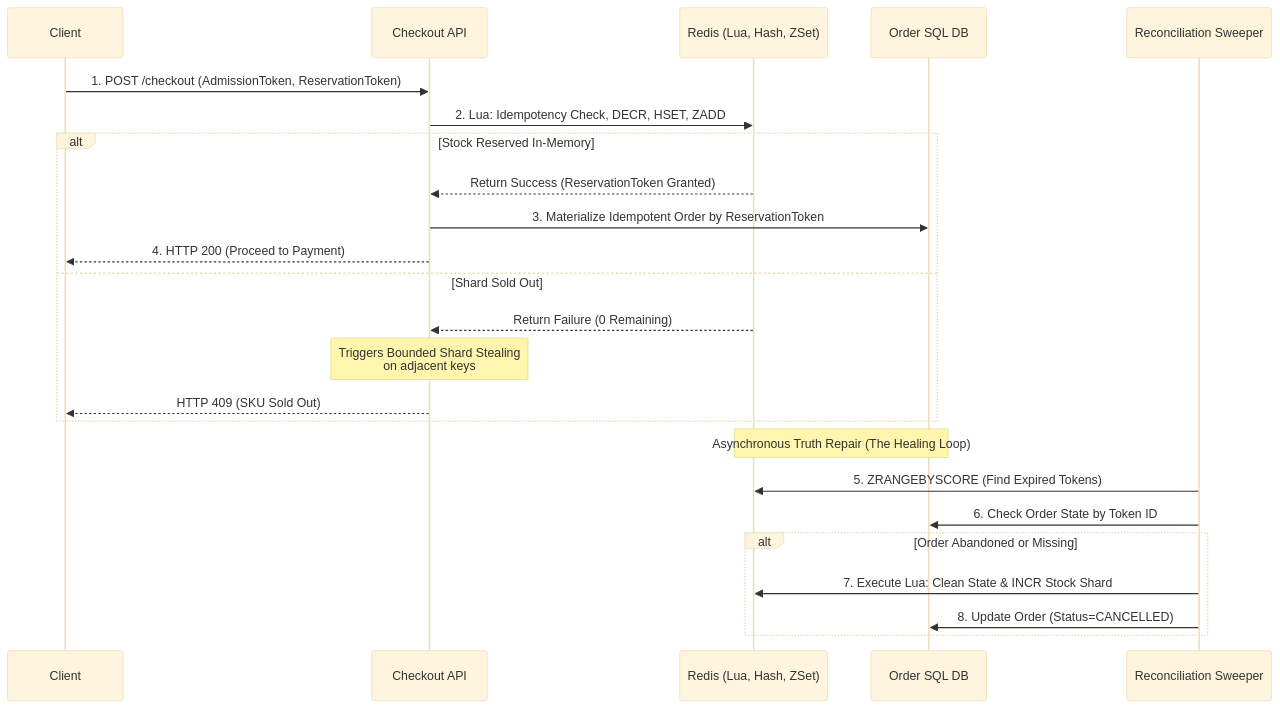
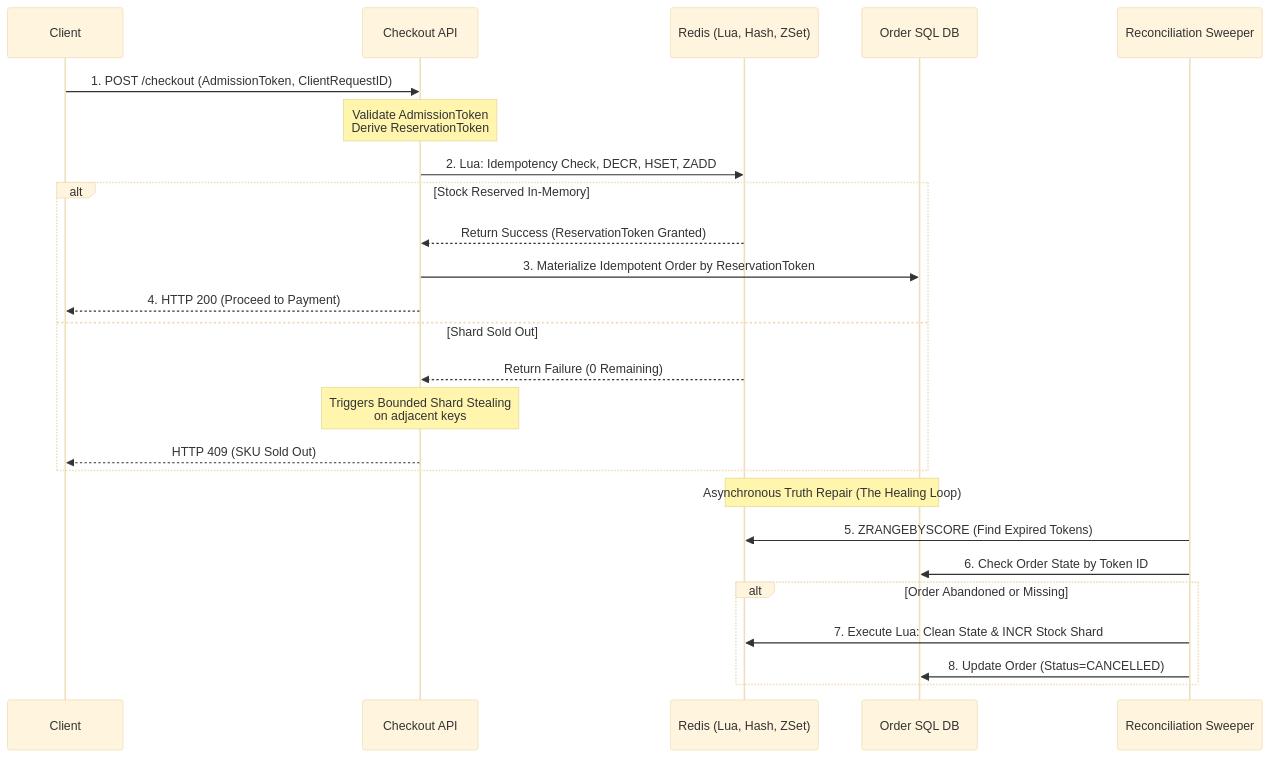
The diagram in content/posts/series_3/3.global_flash_sale_engine_inventory.md (tuanhiep/tuanhiep.github.io), drawn with Mermaid (base theme) before and after one commit. The commit also changed other lines of this file, not shown here.

````diff
--- a/content/posts/series_3/3.global_flash_sale_engine_inventory.md
+++ b/content/posts/series_3/3.global_flash_sale_engine_inventory.md
@@ -179,30 +179,31 @@
 ```mermaid
 sequenceDiagram
     participant C as Client
     participant API as Checkout API
     participant R as Redis (Lua, Hash, ZSet)
     participant DB as Order SQL DB
     participant W as Reconciliation Sweeper
 
-    C->>API: 1. POST /checkout (AdmissionToken, ReservationToken)
+    C->>API: 1. POST /checkout (AdmissionToken, ClientRequestID)
+    Note over API: Validate AdmissionToken<br/>Derive ReservationToken
     API->>R: 2. Lua: Idempotency Check, DECR, HSET, ZADD
     
     alt Stock Reserved In-Memory
         R-->>API: Return Success (ReservationToken Granted)
         API->>DB: 3. Materialize Idempotent Order by ReservationToken
         API-->>C: 4. HTTP 200 (Proceed to Payment)
     else Shard Sold Out
         R-->>API: Return Failure (0 Remaining)
         Note over API: Triggers Bounded Shard Stealing<br/>on adjacent keys
         API-->>C: HTTP 409 (SKU Sold Out)
     end
 
     Note over R,DB: Asynchronous Truth Repair (The Healing Loop)
     W->>R: 5. ZRANGEBYSCORE (Find Expired Tokens)
     W->>DB: 6. Check Order State by Token ID
     alt Order Abandoned or Missing
         W->>R: 7. Execute Lua: Clean State & INCR Stock Shard
         W->>DB: 8. Update Order (Status=CANCELLED)
     end
 
 ```
````
